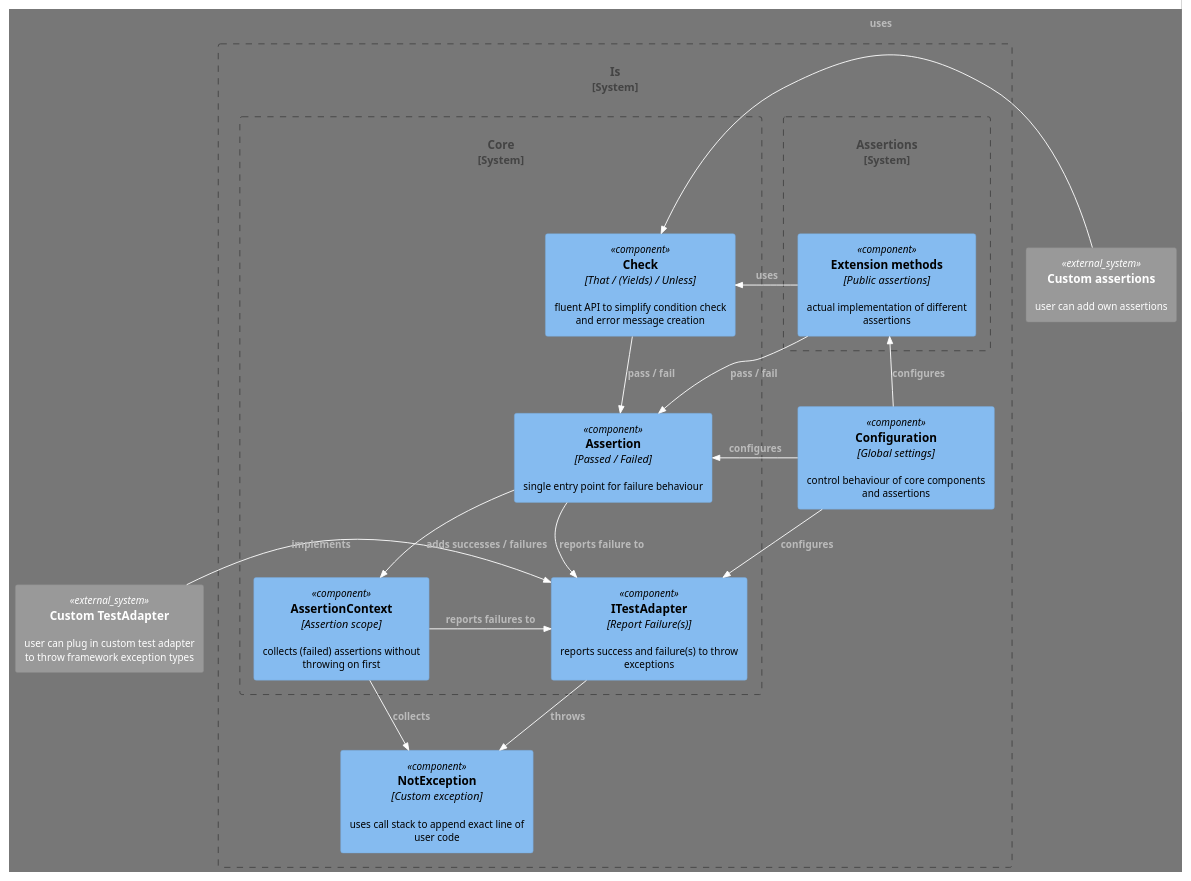
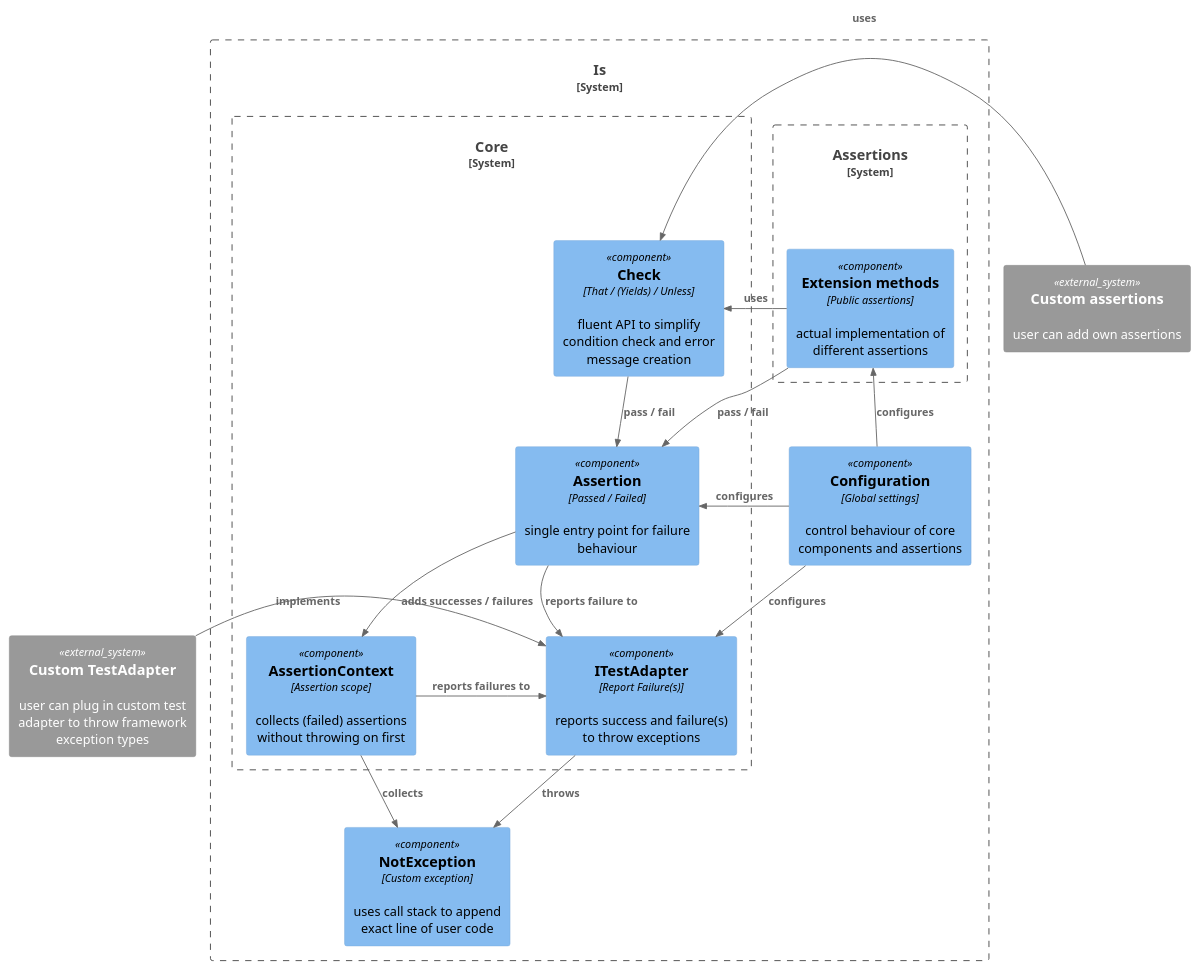
Before and after one commit to chrismo80/Is: the diagram in Docs/Architecture.plantuml, drawn with PlantUML. The commit also changed 1 other file, not shown here.

```diff
--- a/Docs/Architecture.plantuml
+++ b/Docs/Architecture.plantuml
@@ -1,51 +1,51 @@
 @startuml "Architecture"
 
 !include <C4/C4_Component>
 
-!theme reddress-darkblue
+' !theme reddress-darkblue
 ' !theme plain
 ' !theme metal
 ' !theme materia
 
 ' left to right direction
 
 System_Ext(ca, "Custom assertions", "user can add own assertions")
 System_Ext(cta, "Custom TestAdapter", "user can plug in custom test adapter to throw framework exception types")
 
 System_Boundary(Is, "Is") {
     Component(ex, "NotException", "Custom exception", "uses call stack to append exact line of user code")
     Component(conf, "Configuration", "Global settings", "control behaviour of core components and assertions")
 
     System_Boundary(Assertions, "Assertions") {
         Component(ext, "Extension methods", "Public assertions", "actual implementation of different assertions")
         }
 
     System_Boundary(Core, "Core") {
         Component(ass, "Assertion", "Passed / Failed", "single entry point for failure behaviour")
         Component(check, "Check", "That / (Yields) / Unless", "fluent API to simplify condition check and error message creation")
         Component(ctx, "AssertionContext", "Assertion scope", "collects (failed) assertions without throwing on first")
         Component(ita, "ITestAdapter", "Report Failure(s)", "reports success and failure(s) to throw exceptions")
         }
     }
 }
 
 Rel(ass, ita, "reports failure to")
 Rel(ctx, ex, "collects")
 Rel(ita, ex, "throws")
 Rel_R(cta, ita, "implements")
 
 Rel_U(ext, check, "uses")
 Rel(ext, ass, "pass / fail")
 Rel_L(ca, check, "uses")
 
 Rel_L(ctx, ita, "reports failures to")
 
 Rel(check, ass, "pass / fail")
 Rel(ass, ctx, "adds successes / failures")
 
 Rel_R(conf, ass, "configures")
 Rel(conf, ita, "configures")
 Rel_U(conf, ext, "configures")
 
 
 @enduml
```
